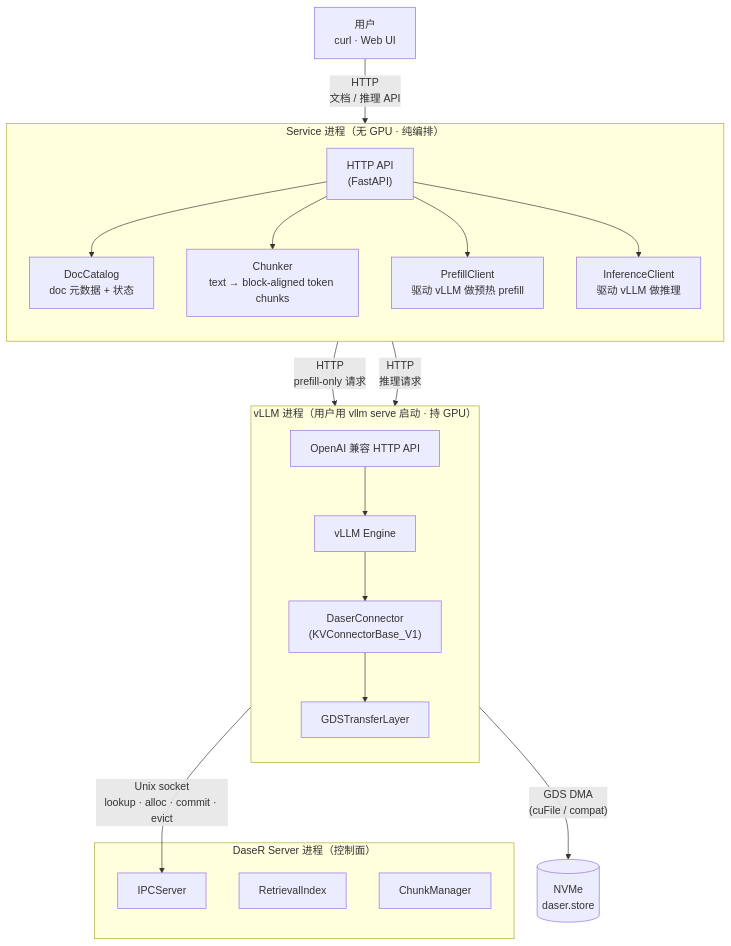
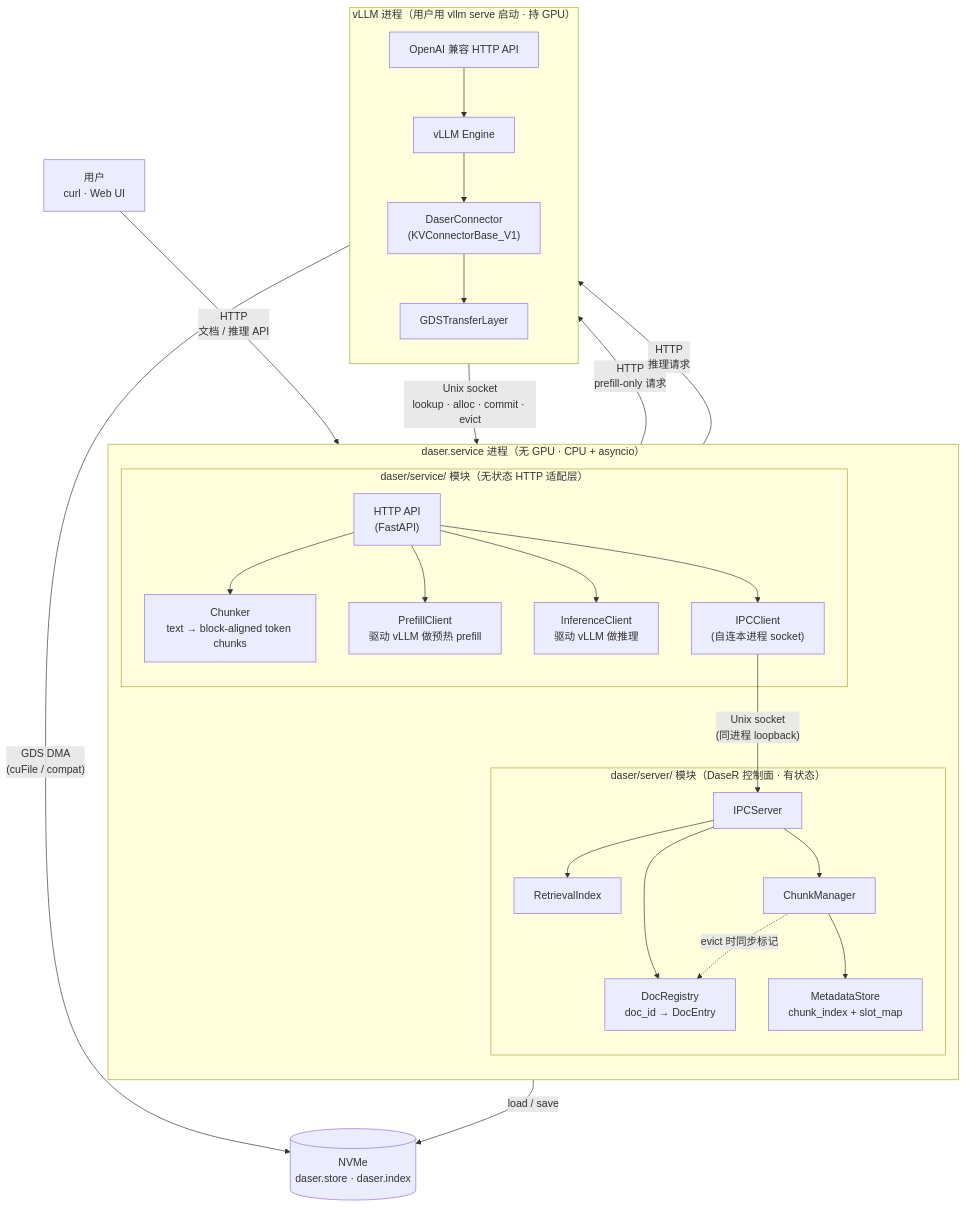
Before and after one commit to GentleCold/DaseR: the first of 4 diagrams in docs/design/serve.md, drawn with Mermaid. The commit also changed other lines of this file and 2 other files, not shown here.

First line of the commit message:
docs(design): redesign service layer with 2-process topology

````diff
--- a/docs/design/serve.md
+++ b/docs/design/serve.md
@@ -38,42 +38,52 @@
 ```mermaid
 graph TB
     User["用户<br/>curl · Web UI"]
 
-    subgraph svc["Service 进程（无 GPU · 纯编排）"]
+    subgraph svc["daser.service 进程（无 GPU · CPU + asyncio）"]
         direction TB
-        HTTP["HTTP API<br/>(FastAPI)"]
-        CAT["DocCatalog<br/>doc 元数据 + 状态"]
-        CHK["Chunker<br/>text → block-aligned token chunks"]
-        PRE["PrefillClient<br/>驱动 vLLM 做预热 prefill"]
-        INF["InferenceClient<br/>驱动 vLLM 做推理"]
-        HTTP --> CAT
+        subgraph service_mod["daser/service/ 模块（无状态 HTTP 适配层）"]
+            HTTP["HTTP API<br/>(FastAPI)"]
+            CHK["Chunker<br/>text → block-aligned token chunks"]
+            PRE["PrefillClient<br/>驱动 vLLM 做预热 prefill"]
+            INF["InferenceClient<br/>驱动 vLLM 做推理"]
+            ICLI["IPCClient<br/>(自连本进程 socket)"]
+        end
+        subgraph server_mod["daser/server/ 模块（DaseR 控制面 · 有状态）"]
+            IPC["IPCServer"]
+            RI["RetrievalIndex"]
+            CM["ChunkManager"]
+            MS["MetadataStore<br/>chunk_index + slot_map"]
+            DR["DocRegistry<br/>doc_id → DocEntry"]
+        end
         HTTP --> CHK
         HTTP --> PRE
         HTTP --> INF
+        HTTP --> ICLI
+        ICLI -- "Unix socket<br/>(同进程 loopback)" --> IPC
+        IPC --> RI
+        IPC --> CM
+        IPC --> DR
+        CM --> MS
+        CM -. "evict 时同步标记" .-> DR
     end
 
     subgraph vllm["vLLM 进程（用户用 vllm serve 启动 · 持 GPU）"]
         direction TB
         VAPI["OpenAI 兼容 HTTP API"]
         ENG["vLLM Engine"]
         DC["DaserConnector<br/>(KVConnectorBase_V1)"]
         GDS["GDSTransferLayer"]
         VAPI --> ENG
         ENG --> DC
         DC --> GDS
     end
 
-    subgraph daser["DaseR Server 进程（控制面）"]
-        IPC["IPCServer"]
-        RI["RetrievalIndex"]
-        CM["ChunkManager"]
-    end
-
-    NVMe[("NVMe<br/>daser.store")]
+    NVMe[("NVMe<br/>daser.store · daser.index")]
 
     User -- "HTTP<br/>文档 / 推理 API" --> HTTP
     PRE -- "HTTP<br/>prefill-only 请求" --> VAPI
     INF -- "HTTP<br/>推理请求" --> VAPI
     DC -- "Unix socket<br/>lookup · alloc · commit · evict" --> IPC
     GDS -- "GDS DMA<br/>(cuFile / compat)" --> NVMe
+    CM -- "load / save" --> NVMe
 ```
````
